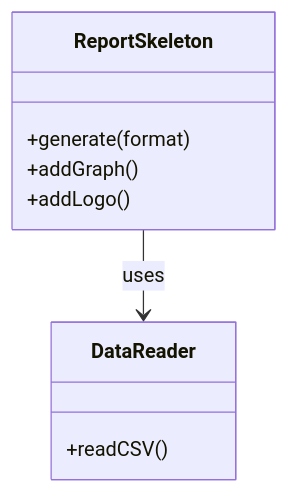
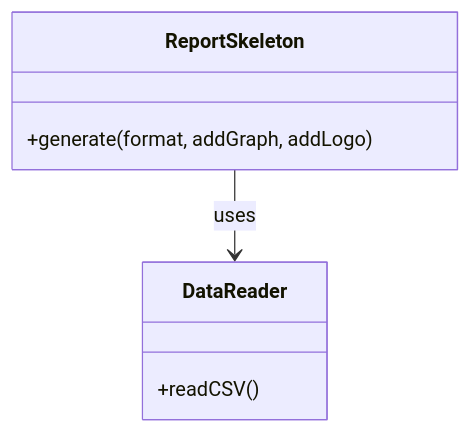
The first of 6 diagrams in kindle/design-patterns/output/chapter11.md (kumachan1101-pixel/DesignPattern), drawn with Mermaid before and after one commit. The commit also changed other lines of this file and 6 other files, not shown here.

````diff
--- a/kindle/design-patterns/output/chapter11.md
+++ b/kindle/design-patterns/output/chapter11.md
@@ -127,12 +127,10 @@
 ```mermaid
 classDiagram
     class ReportSkeleton {
-        +generate(format)
-        +addGraph()
-        +addLogo()
+        +generate(format, addGraph, addLogo)
     }
     class DataReader {
         +readCSV()
     }
     ReportSkeleton --> DataReader : uses
 ```
````
